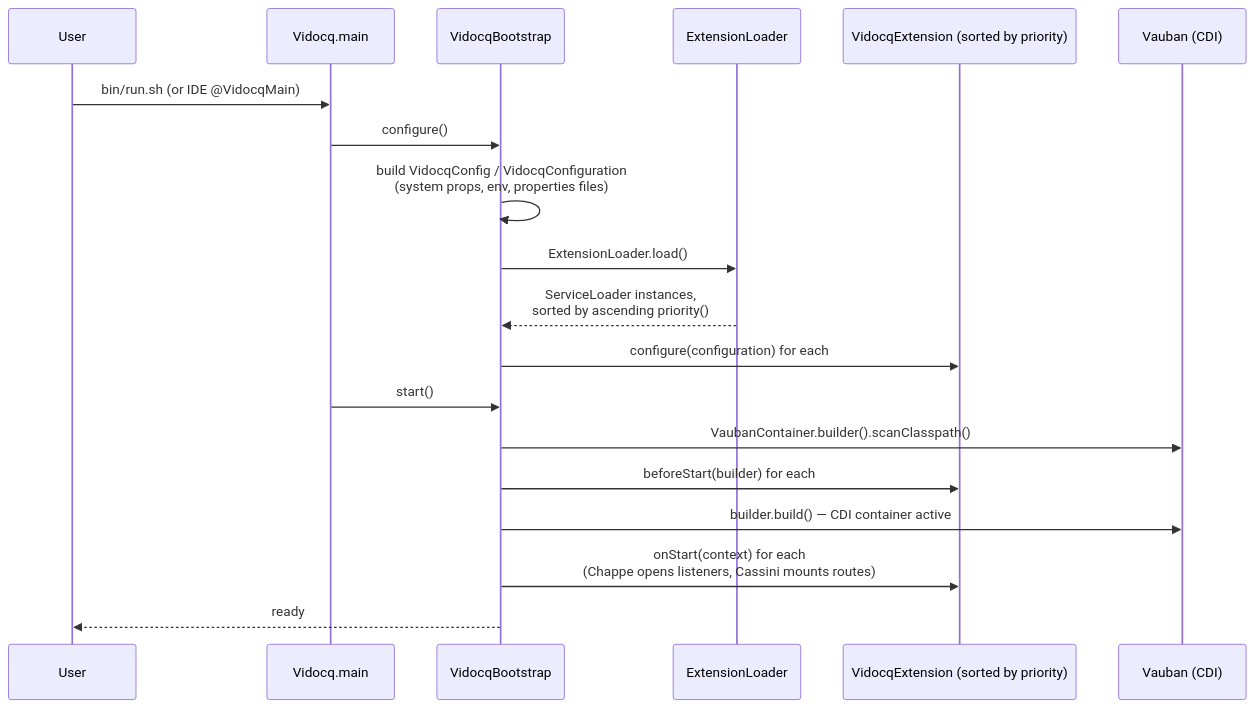
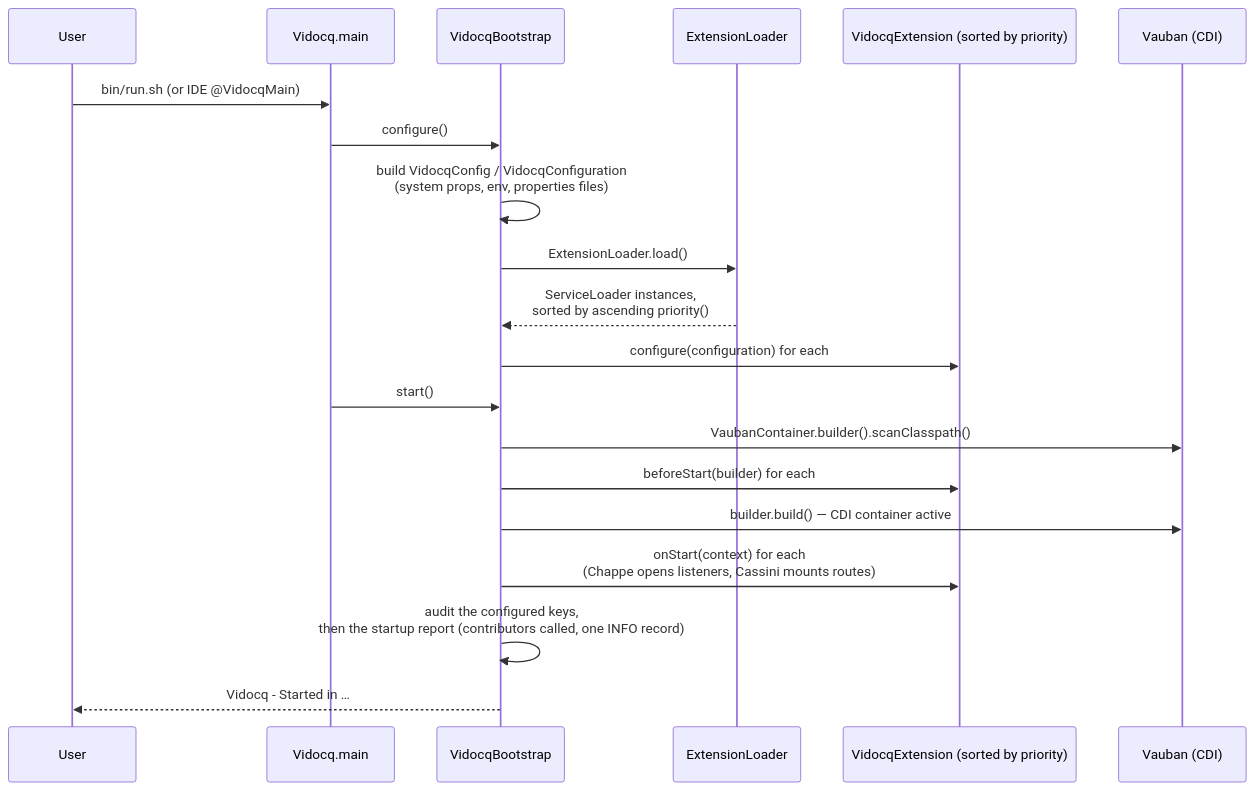
The third of 3 diagrams in docs/en/modules/ROOT/pages/internals.adoc (vidocq-stack/vidocq), drawn with Mermaid before and after one commit. The commit also changed other lines of this file and 5 other files, not shown here.

```diff
--- a/docs/en/modules/ROOT/pages/internals.adoc
+++ b/docs/en/modules/ROOT/pages/internals.adoc
@@ -75,23 +75,24 @@
 [mermaid]
 ....
 sequenceDiagram
     participant U as User
     participant V as Vidocq.main
     participant B as VidocqBootstrap
     participant L as ExtensionLoader
     participant EXT as VidocqExtension (sorted by priority)
     participant VAU as Vauban (CDI)
 
     U->>V: bin/run.sh (or IDE @VidocqMain)
     V->>B: configure()
     B->>B: build VidocqConfig / VidocqConfiguration<br/>(system props, env, properties files)
     B->>L: ExtensionLoader.load()
     L-->>B: ServiceLoader instances,<br/>sorted by ascending priority()
     B->>EXT: configure(configuration) for each
     V->>B: start()
     B->>VAU: VaubanContainer.builder().scanClasspath()
     B->>EXT: beforeStart(builder) for each
     B->>VAU: builder.build() — CDI container active
     B->>EXT: onStart(context) for each<br/>(Chappe opens listeners, Cassini mounts routes)
-    B-->>U: ready
+    B->>B: audit the configured keys,<br/>then the startup report (contributors called, one INFO record)
+    B-->>U: Vidocq - Started in …
 ....
```
